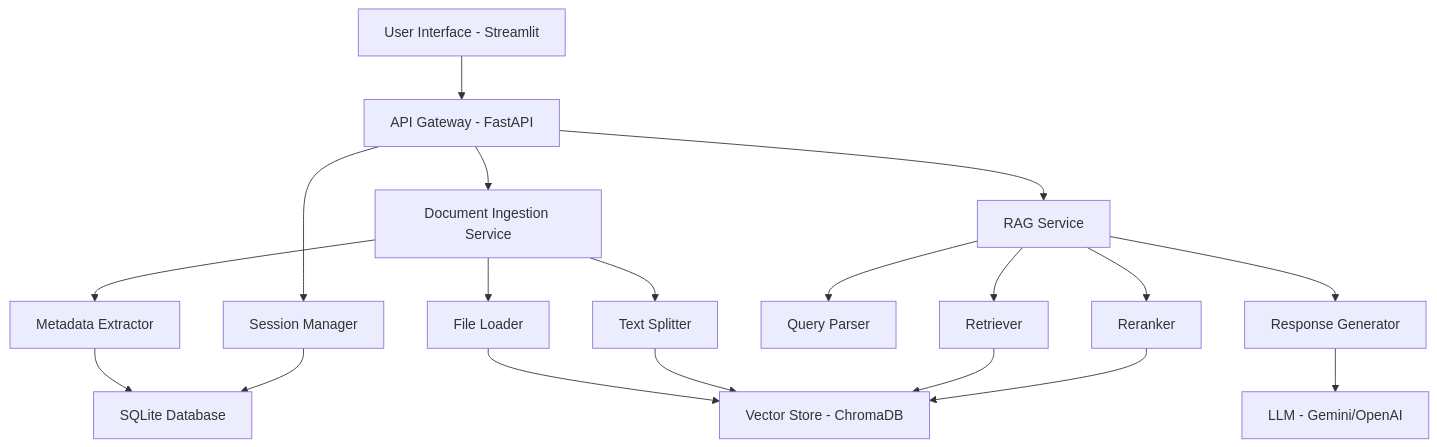
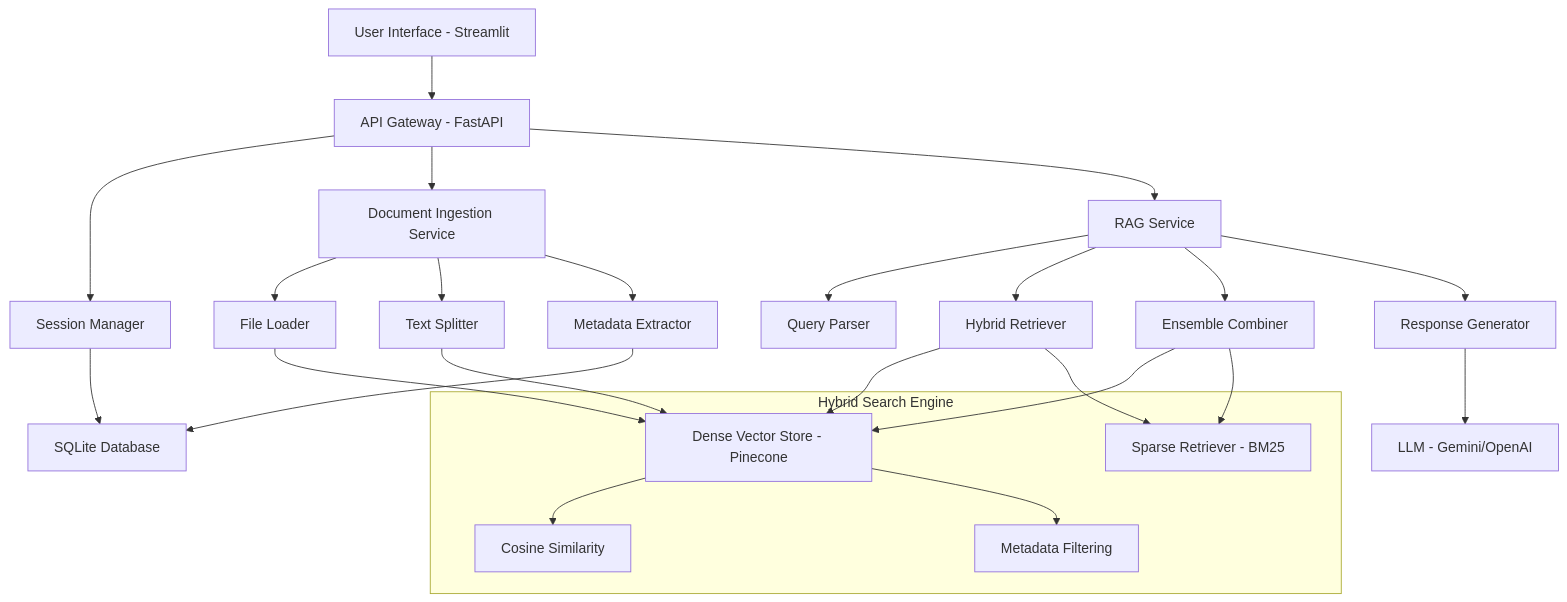
The diagram in README.md (kshitijkumrawat20/Multi-document-RAG-app), drawn with Mermaid before and after one commit. The commit also changed other lines of this file, not shown here.

````diff
--- a/README.md
+++ b/README.md
@@ -74,25 +86,37 @@
 ```mermaid
 graph TB
     A[User Interface - Streamlit] --> B[API Gateway - FastAPI]
     B --> C[Session Manager]
     B --> D[Document Ingestion Service]
     B --> E[RAG Service]
     
     D --> F[File Loader]
     D --> G[Text Splitter]
     D --> H[Metadata Extractor]
     
     E --> I[Query Parser]
-    E --> J[Retriever]
-    E --> K[Reranker]
+    E --> J[Hybrid Retriever]
+    E --> K[Ensemble Combiner]
     E --> L[Response Generator]
     
-    F --> M[Vector Store - ChromaDB]
+    J --> M[Dense Vector Store - Pinecone]
+    J --> N[Sparse Retriever - BM25]
+    K --> M
+    K --> N
+    
+    F --> M
     G --> M
-    H --> N[SQLite Database]
-    C --> N
+    H --> O[SQLite Database]
+    C --> O
     
-    J --> M
-    K --> M
-    L --> O[LLM - Gemini/OpenAI]
+    L --> P[LLM - Gemini/OpenAI]
+    
+    subgraph "Hybrid Search Engine"
+        M
+        N
+        Q[Cosine Similarity]
+        R[Metadata Filtering]
+        M --> Q
+        M --> R
+    end
 ```
````
